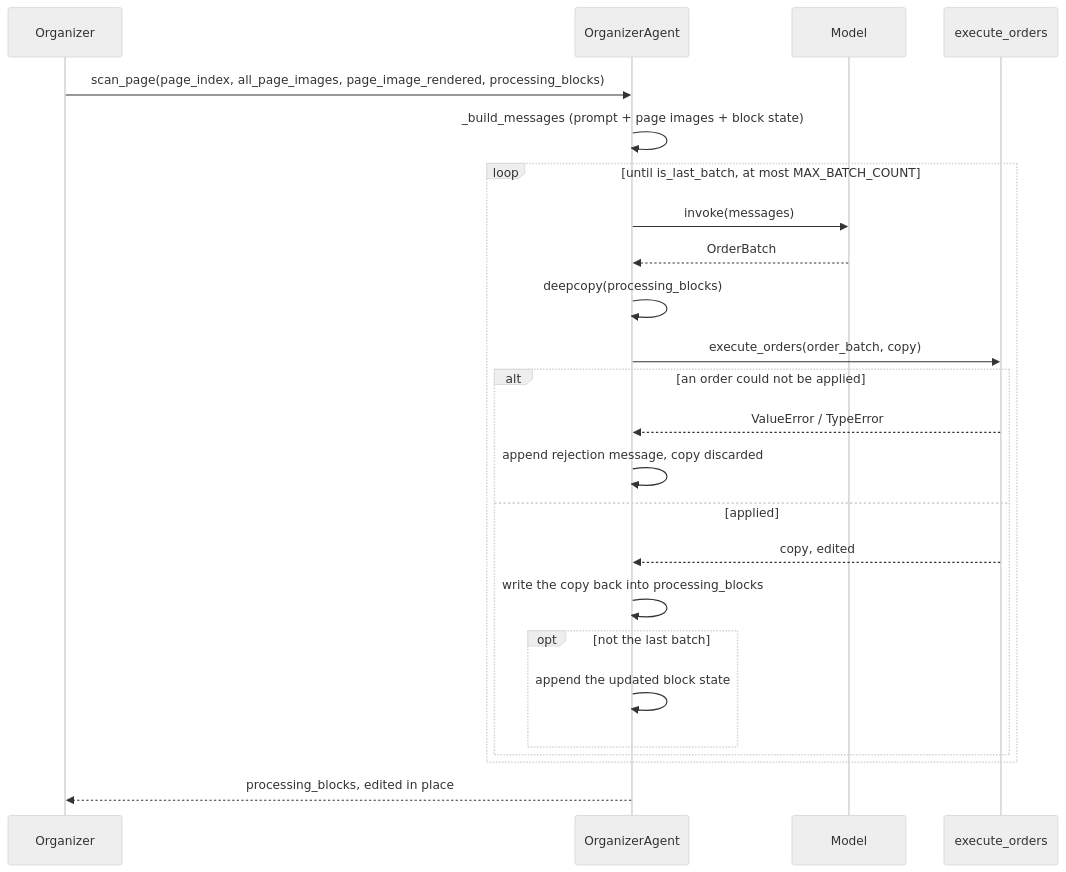
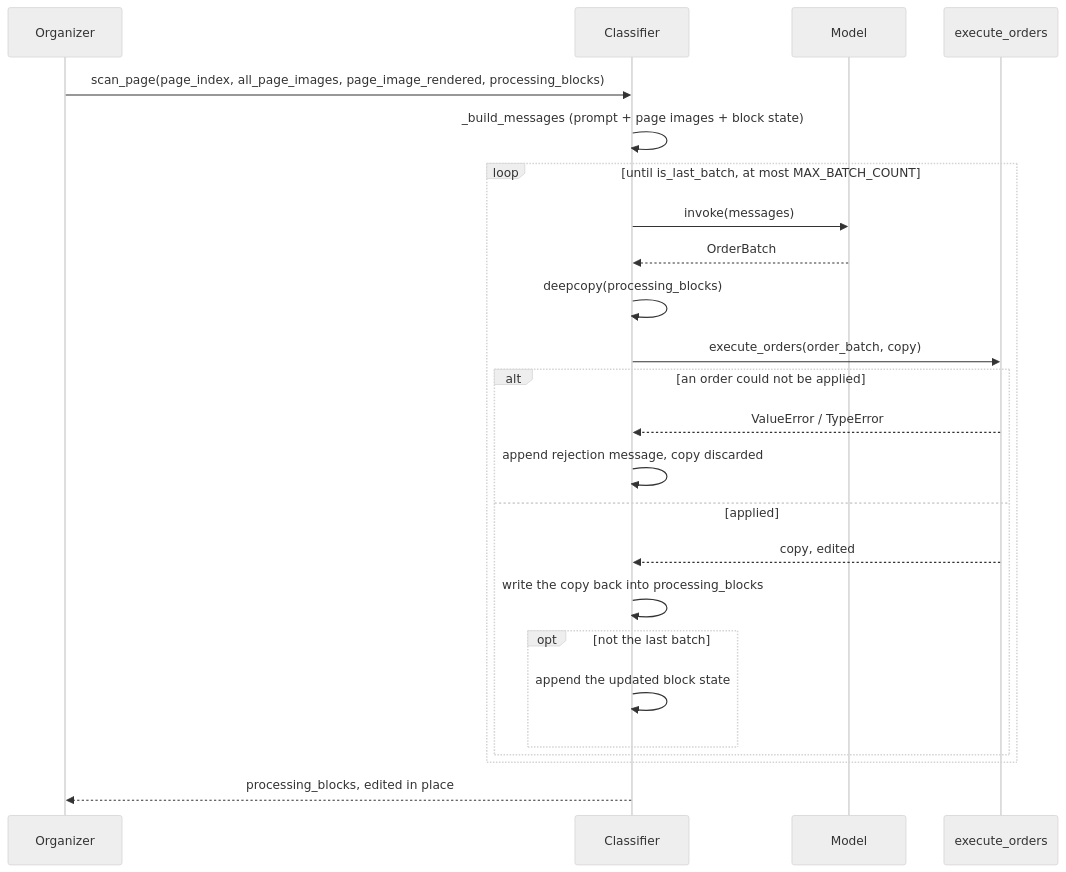
One commit to konbraphat51/SuperSuat changed the second of 2 diagrams in Uploader/OcrModule/Blocked/Docs/StructureOrganizer.md. Above: the diagram before and after it, drawn with Mermaid (neutral theme). The commit also changed other lines of this file and 6 other files, not shown here.

Commit message:
refac: move the page-organizing agent into Classifier/

````diff
--- a/Uploader/OcrModule/Blocked/Docs/StructureOrganizer.md
+++ b/Uploader/OcrModule/Blocked/Docs/StructureOrganizer.md
@@ -81,26 +81,26 @@
 ```mermaid
 sequenceDiagram
     participant Organizer
-    participant OrganizerAgent
+    participant Classifier
     participant Model
     participant Executor as execute_orders
-    Organizer->>OrganizerAgent: scan_page(page_index, all_page_images, page_image_rendered, processing_blocks)
-    OrganizerAgent->>OrganizerAgent: _build_messages (prompt + page images + block state)
+    Organizer->>Classifier: scan_page(page_index, all_page_images, page_image_rendered, processing_blocks)
+    Classifier->>Classifier: _build_messages (prompt + page images + block state)
     loop until is_last_batch, at most MAX_BATCH_COUNT
-        OrganizerAgent->>Model: invoke(messages)
-        Model-->>OrganizerAgent: OrderBatch
-        OrganizerAgent->>OrganizerAgent: deepcopy(processing_blocks)
-        OrganizerAgent->>Executor: execute_orders(order_batch, copy)
+        Classifier->>Model: invoke(messages)
+        Model-->>Classifier: OrderBatch
+        Classifier->>Classifier: deepcopy(processing_blocks)
+        Classifier->>Executor: execute_orders(order_batch, copy)
         alt an order could not be applied
-            Executor-->>OrganizerAgent: ValueError / TypeError
-            OrganizerAgent->>OrganizerAgent: append rejection message, copy discarded
+            Executor-->>Classifier: ValueError / TypeError
+            Classifier->>Classifier: append rejection message, copy discarded
         else applied
-            Executor-->>OrganizerAgent: copy, edited
-            OrganizerAgent->>OrganizerAgent: write the copy back into processing_blocks
+            Executor-->>Classifier: copy, edited
+            Classifier->>Classifier: write the copy back into processing_blocks
             opt not the last batch
-                OrganizerAgent->>OrganizerAgent: append the updated block state
+                Classifier->>Classifier: append the updated block state
             end
         end
     end
-    OrganizerAgent-->>Organizer: processing_blocks, edited in place
+    Classifier-->>Organizer: processing_blocks, edited in place
 ```
````
